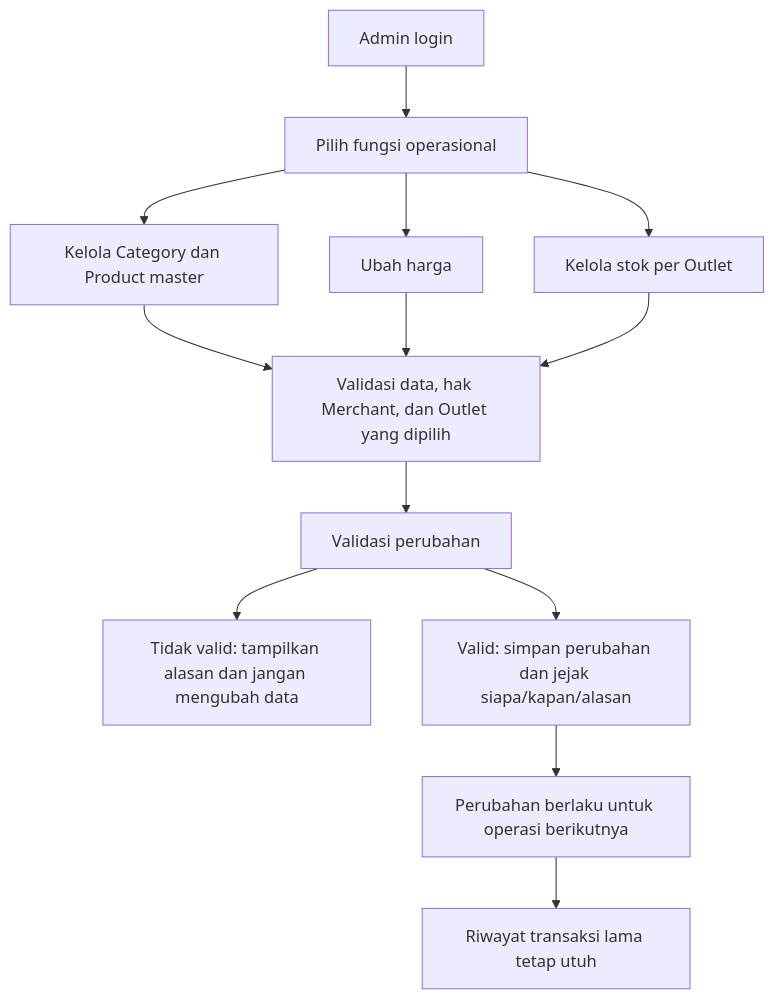
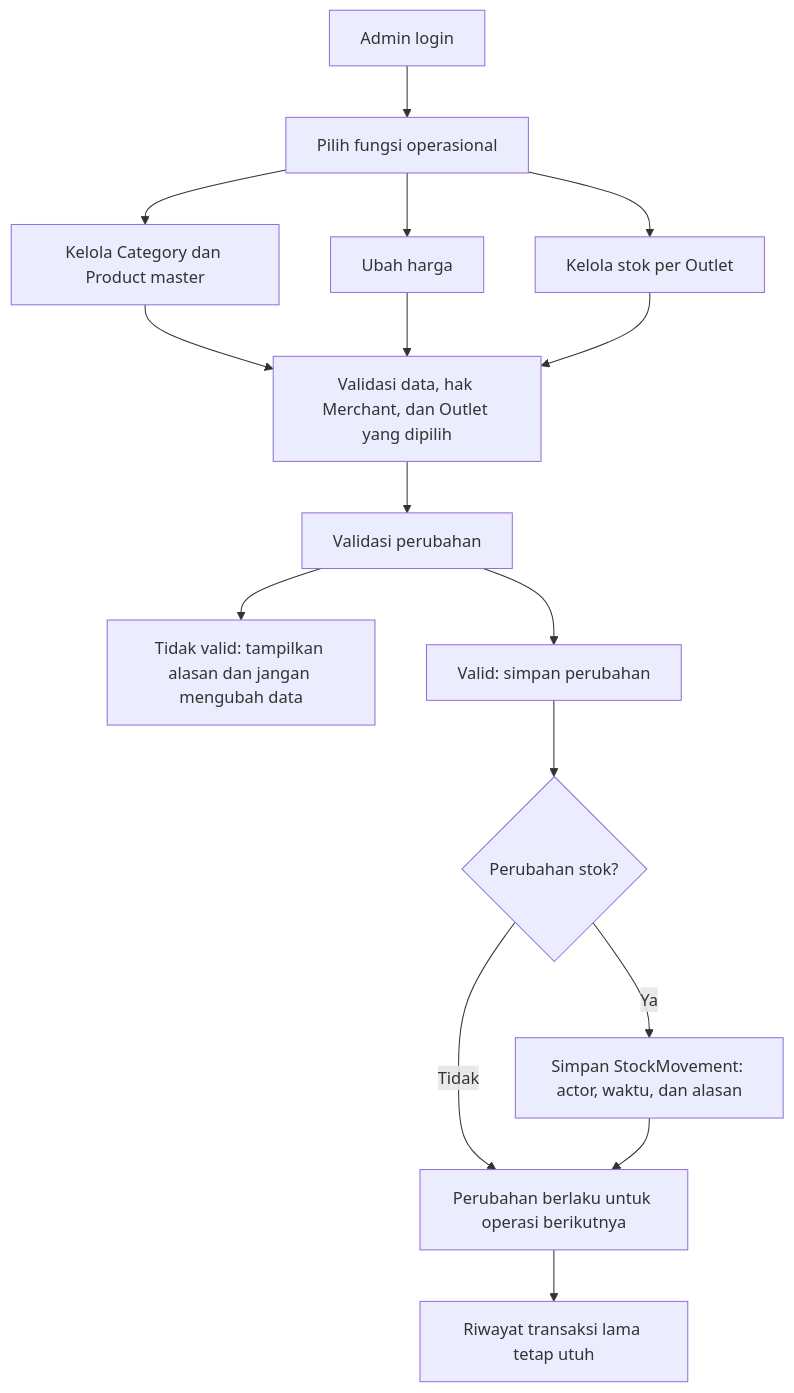
The fourth of 5 diagrams in docs/deliverables/01-iterasi-1-business-flow.md (TeamOneee/pos-project-be), drawn with Mermaid before and after one commit. The commit also changed other lines of this file and 12 other files, not shown here.

````diff
--- a/docs/deliverables/01-iterasi-1-business-flow.md
+++ b/docs/deliverables/01-iterasi-1-business-flow.md
@@ -376,15 +376,18 @@
 ```mermaid
 flowchart TD
     A["Admin login"] --> B["Pilih fungsi operasional"]
     B --> C["Kelola Category dan Product master"]
     B --> D["Ubah harga"]
     B --> E["Kelola stok per Outlet"]
     C --> F["Validasi data, hak Merchant, dan Outlet yang dipilih"]
     D --> F
     E --> F
     F --> G["Validasi perubahan"]
     G --> H["Tidak valid: tampilkan alasan dan jangan mengubah data"]
-    G --> I["Valid: simpan perubahan dan jejak siapa/kapan/alasan"]
-    I --> J["Perubahan berlaku untuk operasi berikutnya"]
+    G --> I["Valid: simpan perubahan"]
+    I --> L{"Perubahan stok?"}
+    L -->|Ya| M["Simpan StockMovement: actor, waktu, dan alasan"]
+    L -->|Tidak| J["Perubahan berlaku untuk operasi berikutnya"]
+    M --> J
     J --> K["Riwayat transaksi lama tetap utuh"]
 ```
````
